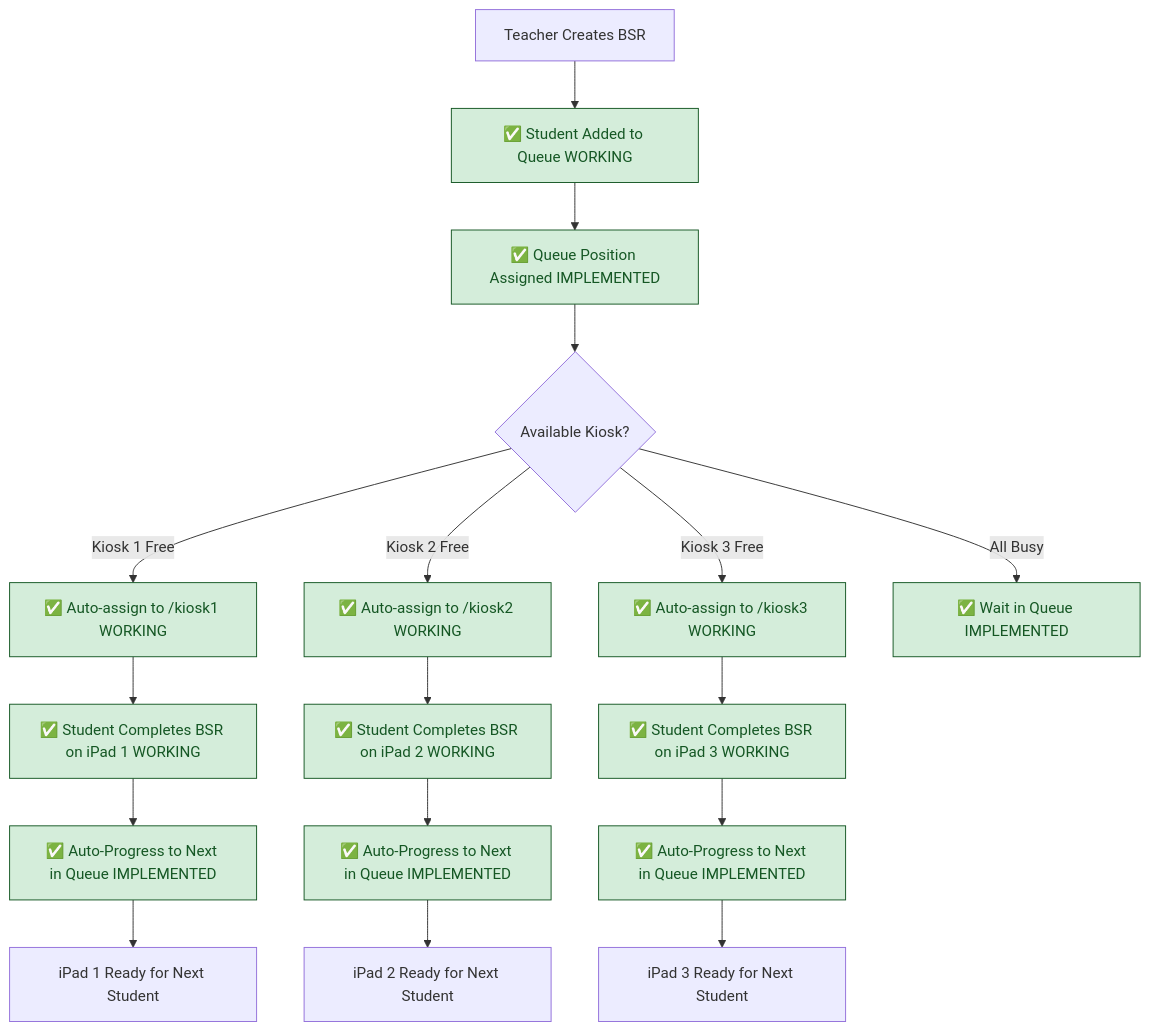
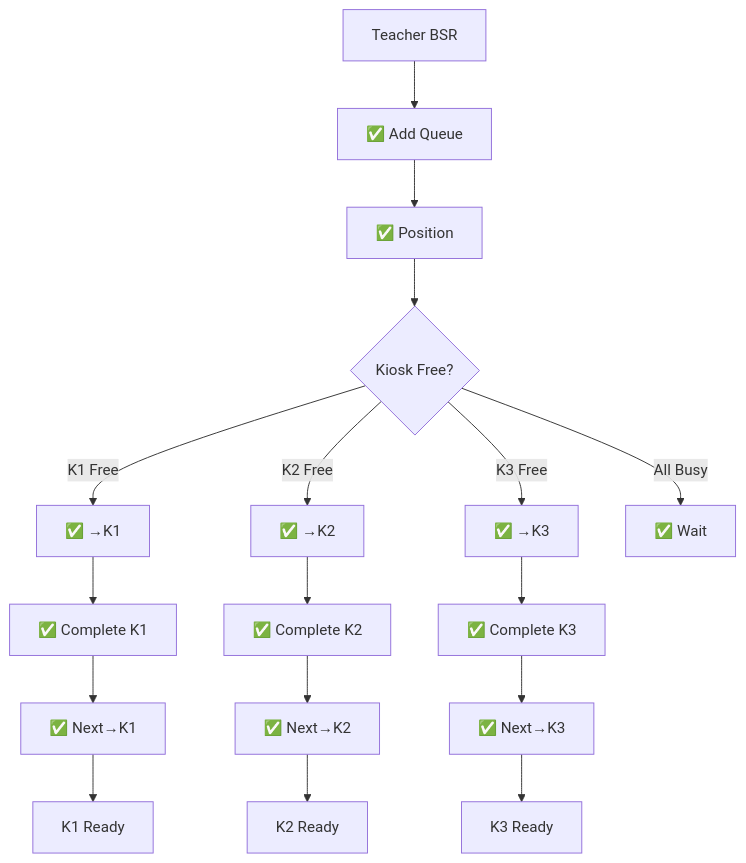
Before and after one commit to Splurfa/bx-os: the third of 5 diagrams in docs/flowcharts/Current-State/02-current-kiosk-system-complete.md, drawn with Mermaid. The commit also changed other lines of this file and 6 other files, not shown here.

Commit message:
Fix Mermaid text cutoff with basic syntax

````diff
--- a/docs/flowcharts/Current-State/02-current-kiosk-system-complete.md
+++ b/docs/flowcharts/Current-State/02-current-kiosk-system-complete.md
@@ -65,27 +70,23 @@
 ```mermaid
 flowchart TD
-    A["`Teacher Creates BSR`"] --> B["`✅ Student Added to Queue WORKING`"]
-    B --> C["`✅ Queue Position Assigned IMPLEMENTED`"]
-    C --> D{"`Available Kiosk?`"}
+    A[Teacher BSR] --> B[✅ Add Queue]
+    B --> C[✅ Position]
+    C --> D{Kiosk Free?}
     
-    D -->|Kiosk 1 Free| E["`✅ Auto-assign to /kiosk1 WORKING`"]
-    D -->|Kiosk 2 Free| F["`✅ Auto-assign to /kiosk2 WORKING`"]
-    D -->|Kiosk 3 Free| G["`✅ Auto-assign to /kiosk3 WORKING`"]
-    D -->|All Busy| H["`✅ Wait in Queue IMPLEMENTED`"]
+    D -->|K1 Free| E[✅ →K1]
+    D -->|K2 Free| F[✅ →K2]
+    D -->|K3 Free| G[✅ →K3]
+    D -->|All Busy| H[✅ Wait]
     
-    E --> I["`✅ Student Completes BSR on iPad 1 WORKING`"]
-    F --> J["`✅ Student Completes BSR on iPad 2 WORKING`"]
-    G --> K["`✅ Student Completes BSR on iPad 3 WORKING`"]
+    E --> I[✅ Complete K1]
+    F --> J[✅ Complete K2]
+    G --> K[✅ Complete K3]
     
-    I --> L["`✅ Auto-Progress to Next in Queue IMPLEMENTED`"]
-    J --> M["`✅ Auto-Progress to Next in Queue IMPLEMENTED`"]
-    K --> N["`✅ Auto-Progress to Next in Queue IMPLEMENTED`"]
+    I --> L[✅ Next→K1]
+    J --> M[✅ Next→K2]
+    K --> N[✅ Next→K3]
     
-    L --> O["`iPad 1 Ready for Next Student`"]
-    M --> P["`iPad 2 Ready for Next Student`"]
-    N --> Q["`iPad 3 Ready for Next Student`"]
-    
-    classDef working fill:#d4edda,stroke:#155724,color:#155724
-    
-    class B,C,E,F,G,H,I,J,K,L,M,N working
+    L --> O[K1 Ready]
+    M --> P[K2 Ready]
+    N --> Q[K3 Ready]
 ```
````
